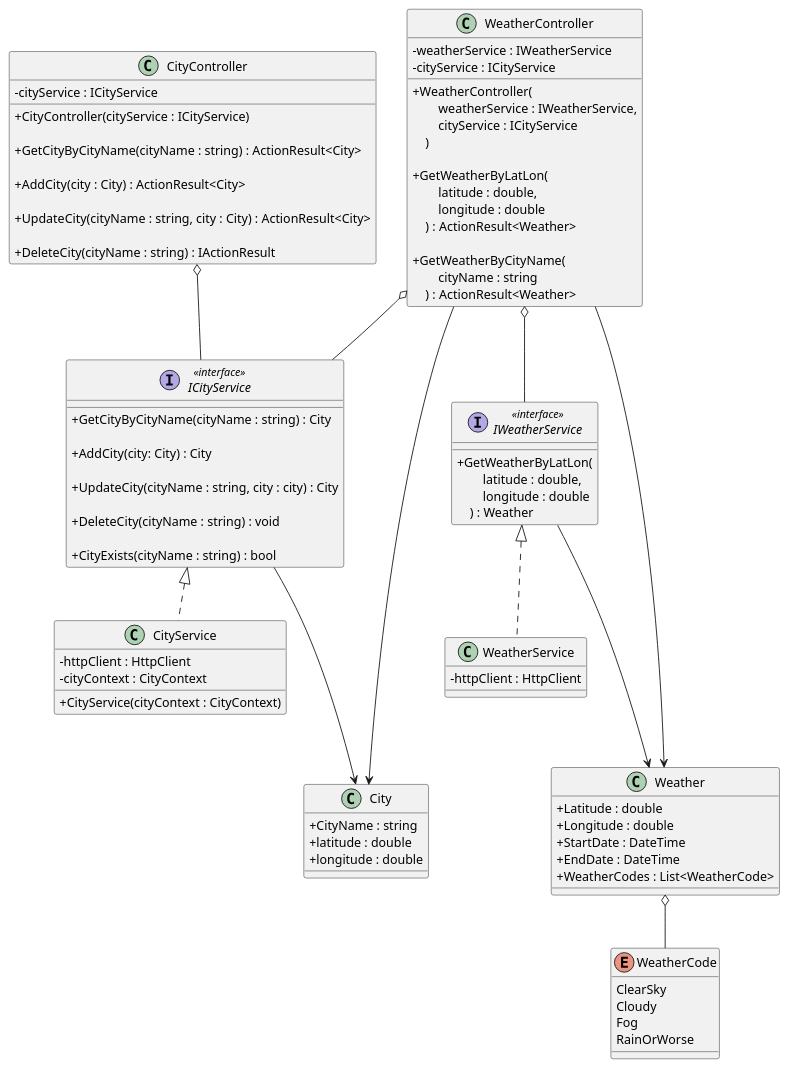
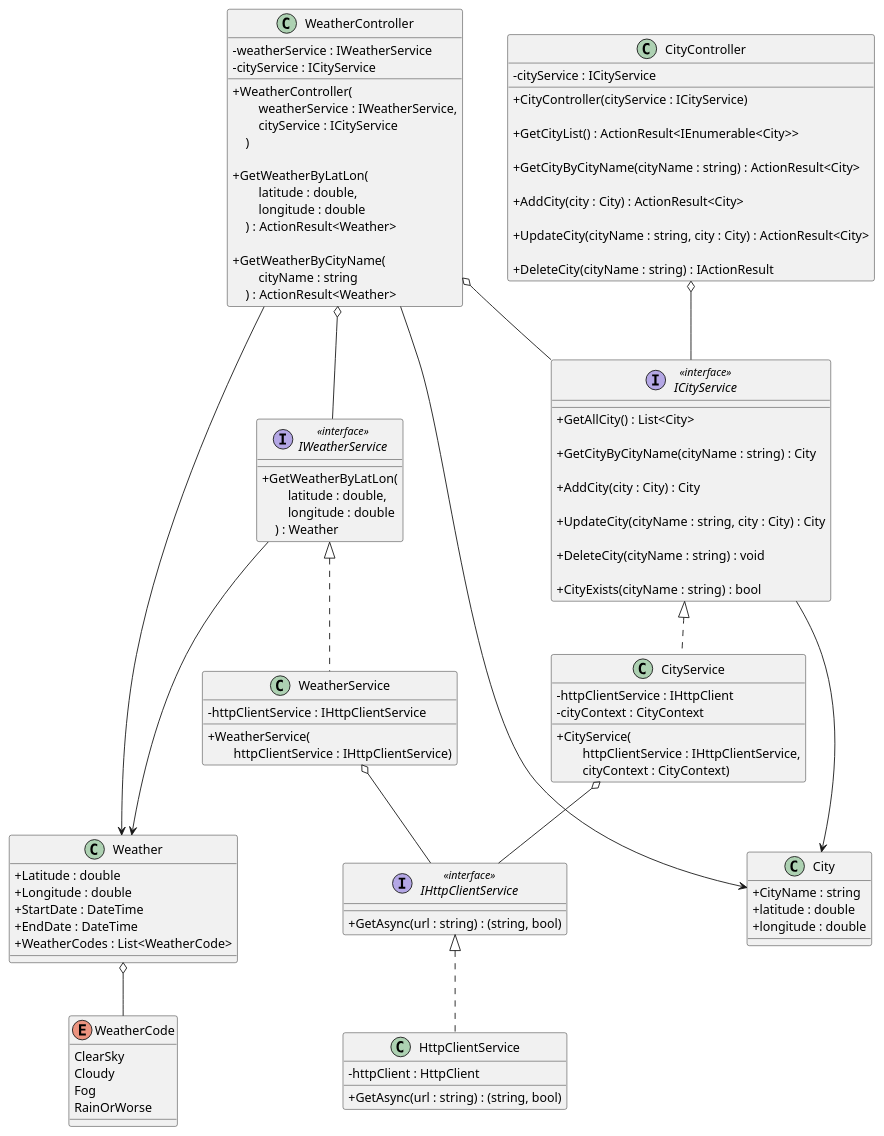
The diagram in diagrams/UML/WeatherAPI.puml (vkammili5/weather-api), drawn with PlantUML before and after one commit. The commit also changed 1 other file, not shown here.

Commit message:
UML: add IHttpClientService to wrap httpClient, for unit test later

```diff
--- a/diagrams/UML/WeatherAPI.puml
+++ b/diagrams/UML/WeatherAPI.puml
@@ -1,104 +1,128 @@
 @startuml "WeatherAPI"
 skinparam ClassAttributeIconSize 0
 
 class CityController {
     - cityService : ICityService
 
     + CityController(cityService : ICityService)
+
+    + GetCityList() : ActionResult<IEnumerable<City>>
 
     + GetCityByCityName(cityName : string) : ActionResult<City>
 
     + AddCity(city : City) : ActionResult<City>
 
     + UpdateCity(cityName : string, city : City) : ActionResult<City>
 
     + DeleteCity(cityName : string) : IActionResult
 }
 
 interface ICityService <<interface>> {
+    + GetAllCity() : List<City>
+
     + GetCityByCityName(cityName : string) : City
 
-    + AddCity(city: City) : City
+    + AddCity(city : City) : City
 
-    + UpdateCity(cityName : string, city : city) : City
+    + UpdateCity(cityName : string, city : City) : City
 
     + DeleteCity(cityName : string) : void
 
     + CityExists(cityName : string) : bool
 }
 
 class CityService {
-    - httpClient : HttpClient
+    - httpClientService : IHttpClient
     - cityContext : CityContext
 
-    + CityService(cityContext : CityContext)
+    + CityService(\n\
+        httpClientService : IHttpClientService,\n\
+        cityContext : CityContext)
 }
 
 class City {
     + CityName : string
     + latitude : double
     + longitude : double
 }
 
 class WeatherController {
     - weatherService : IWeatherService
     - cityService : ICityService
 
     + WeatherController(\n\
         weatherService : IWeatherService,\n\
         cityService : ICityService\n\
     )
 
     + GetWeatherByLatLon(\n\
         latitude : double, \n\
         longitude : double\n\
     ) : ActionResult<Weather>
 
     + GetWeatherByCityName(\n\
         cityName : string\n\
     ) : ActionResult<Weather>
 }
 
 interface IWeatherService <<interface>> {
     + GetWeatherByLatLon(\n\
         latitude : double, \n\
         longitude : double\n\
     ) : Weather
 }
 
 class WeatherService {
-    - httpClient : HttpClient
+    - httpClientService : IHttpClientService
+
+    + WeatherService(\n\
+        httpClientService : IHttpClientService)
 }
 
 class Weather {
     + Latitude : double
     + Longitude : double
     + StartDate : DateTime
     + EndDate : DateTime
     + WeatherCodes : List<WeatherCode>
 }
 
 Enum WeatherCode {
     ClearSky
     Cloudy
     Fog
     RainOrWorse
+}
+
+interface IHttpClientService <<interface>> {
+    + GetAsync(url : string) : (string, bool)
+}
+
+class HttpClientService {
+    - httpClient : HttpClient
+	
+	+ GetAsync(url : string) : (string, bool)
 }
 
 CityController o-- ICityService
 
 ICityService <|.. CityService
 ICityService ---> City
 WeatherController ----> City
 
 WeatherController o-- IWeatherService
 WeatherController o-- ICityService
 
 IWeatherService <|.. WeatherService
 
 WeatherController ----> Weather
 IWeatherService ---> Weather
 
 Weather o-- WeatherCode
 
+CityService o-- IHttpClientService
+WeatherService o-- IHttpClientService
+
+IHttpClientService <|.. HttpClientService
+
 @enduml
```
